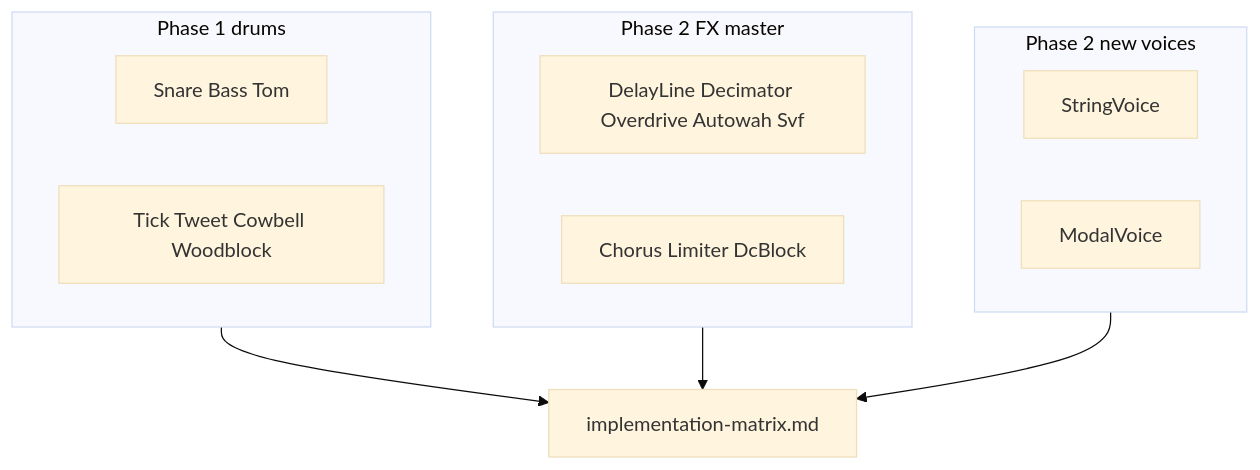
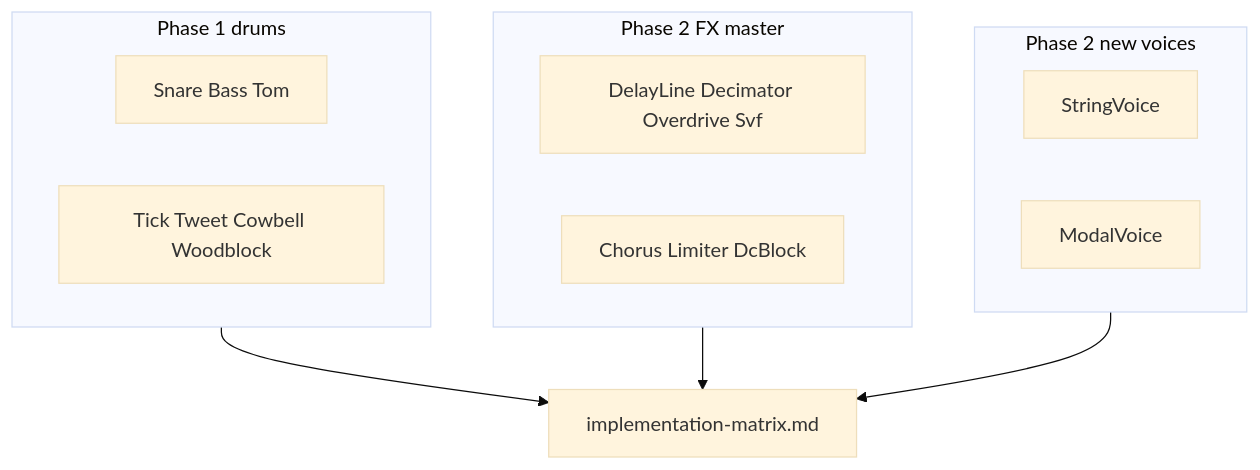
The third of 3 diagrams in zss/feature/synth/docs/implementation-matrix.md (goldbuick/zed-software-system), drawn with Mermaid (base theme) before and after one commit. The commit also changed other lines of this file and 27 other files, not shown here.

````diff
--- a/zss/feature/synth/docs/implementation-matrix.md
+++ b/zss/feature/synth/docs/implementation-matrix.md
@@ -246,18 +249,18 @@
 ```mermaid
 flowchart TB
   subgraph phase1 [Phase 1 drums]
     snare["Snare Bass Tom"]
     custom["Tick Tweet Cowbell Woodblock"]
   end
   subgraph phase2 [Phase 2 FX master]
-    fx["DelayLine Decimator Overdrive Autowah Svf"]
+    fx["DelayLine Decimator Overdrive Svf"]
     master["Chorus Limiter DcBlock"]
   end
   subgraph phase2voices [Phase 2 new voices]
     sv["StringVoice"]
     mv["ModalVoice"]
   end
   phase1 --> doc["implementation-matrix.md"]
   phase2 --> doc
   phase2voices --> doc
 ```
````
